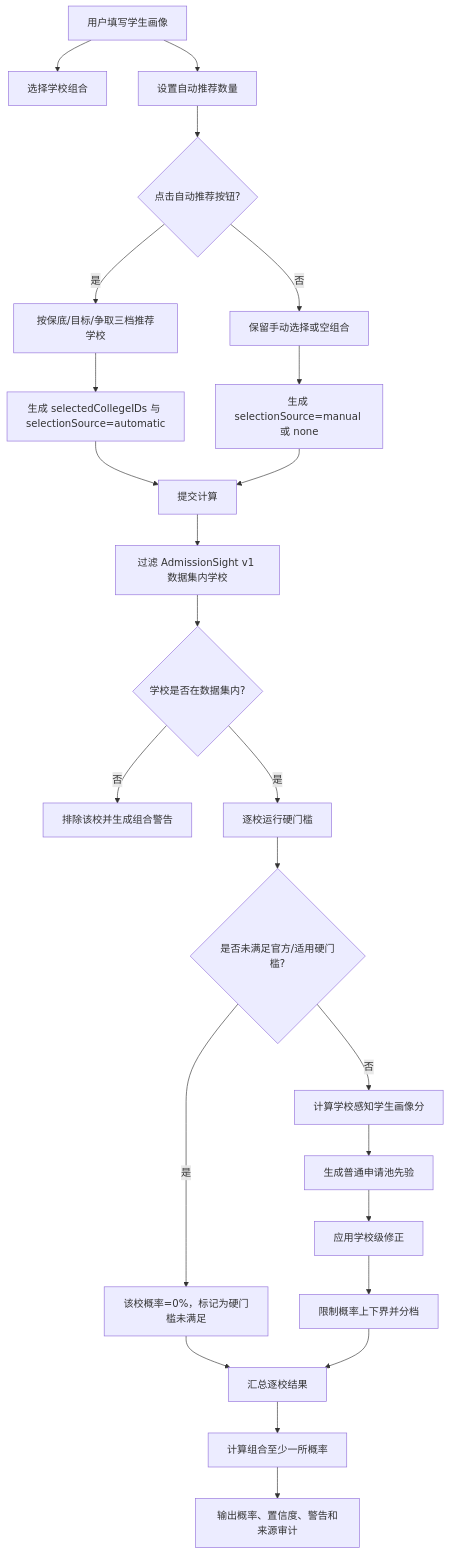
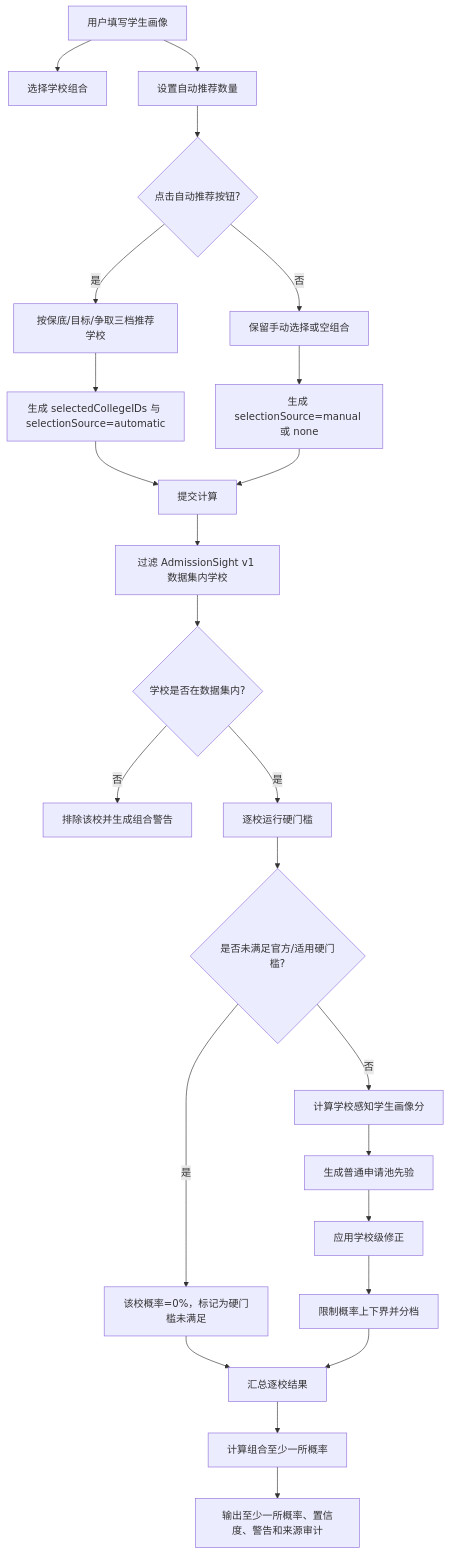
One commit to qyf9794/Admission-Calculator changed the first of 2 diagrams in docs/calculation-flow.md. Above: the diagram before and after it, drawn with Mermaid. The commit also changed other lines of this file and 4 other files, not shown here.

````diff
--- a/docs/calculation-flow.md
+++ b/docs/calculation-flow.md
@@ -7,26 +7,26 @@
 ```mermaid
 flowchart TD
     A["用户填写学生画像"] --> B["选择学校组合"]
     A --> C["设置自动推荐数量"]
     C --> D{"点击自动推荐按钮?"}
     D -- "是" --> E["按保底/目标/争取三档推荐学校"]
     D -- "否" --> F["保留手动选择或空组合"]
     E --> G["生成 selectedCollegeIDs 与 selectionSource=automatic"]
     F --> H["生成 selectionSource=manual 或 none"]
     G --> I["提交计算"]
     H --> I
     I --> J["过滤 AdmissionSight v1 数据集内学校"]
     J --> K{"学校是否在数据集内?"}
     K -- "否" --> L["排除该校并生成组合警告"]
     K -- "是" --> M["逐校运行硬门槛"]
     M --> N{"是否未满足官方/适用硬门槛?"}
     N -- "是" --> O["该校概率=0%，标记为硬门槛未满足"]
     N -- "否" --> P["计算学校感知学生画像分"]
     P --> Q["生成普通申请池先验"]
     Q --> R["应用学校级修正"]
     R --> S["限制概率上下界并分档"]
     O --> T["汇总逐校结果"]
     S --> T
     T --> U["计算组合至少一所概率"]
-    U --> V["输出概率、置信度、警告和来源审计"]
+    U --> V["输出至少一所概率、置信度、警告和来源审计"]
 ```
````
